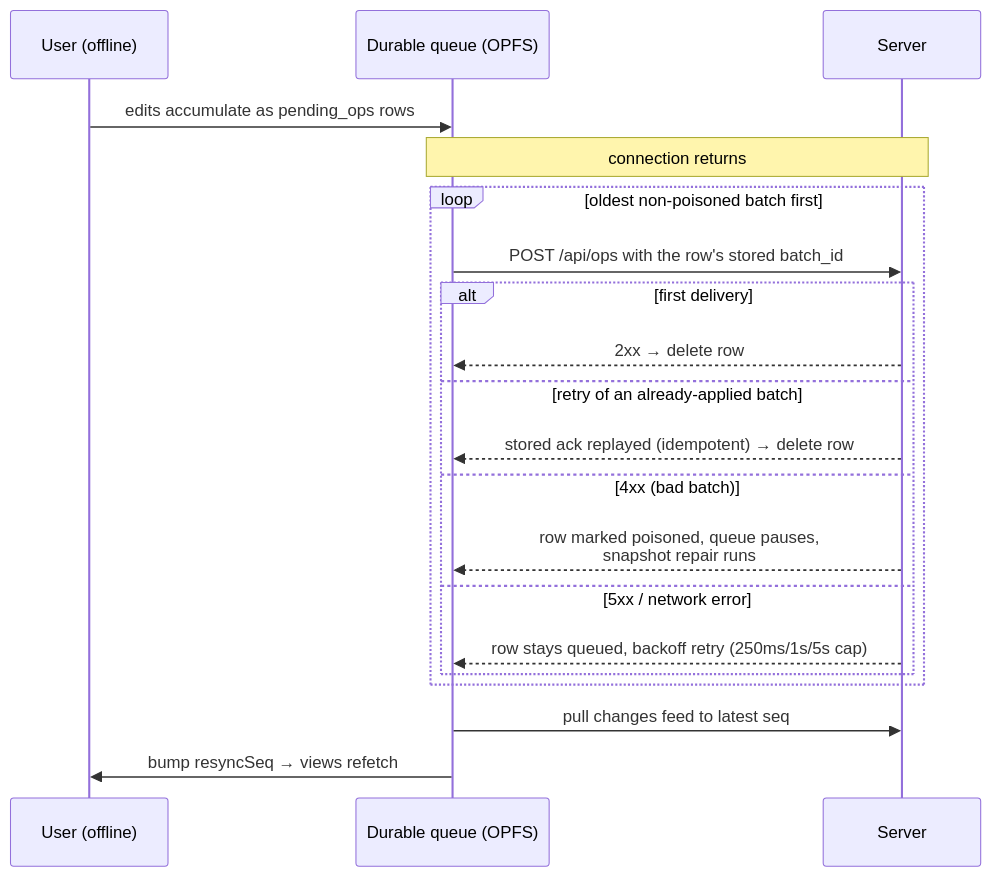
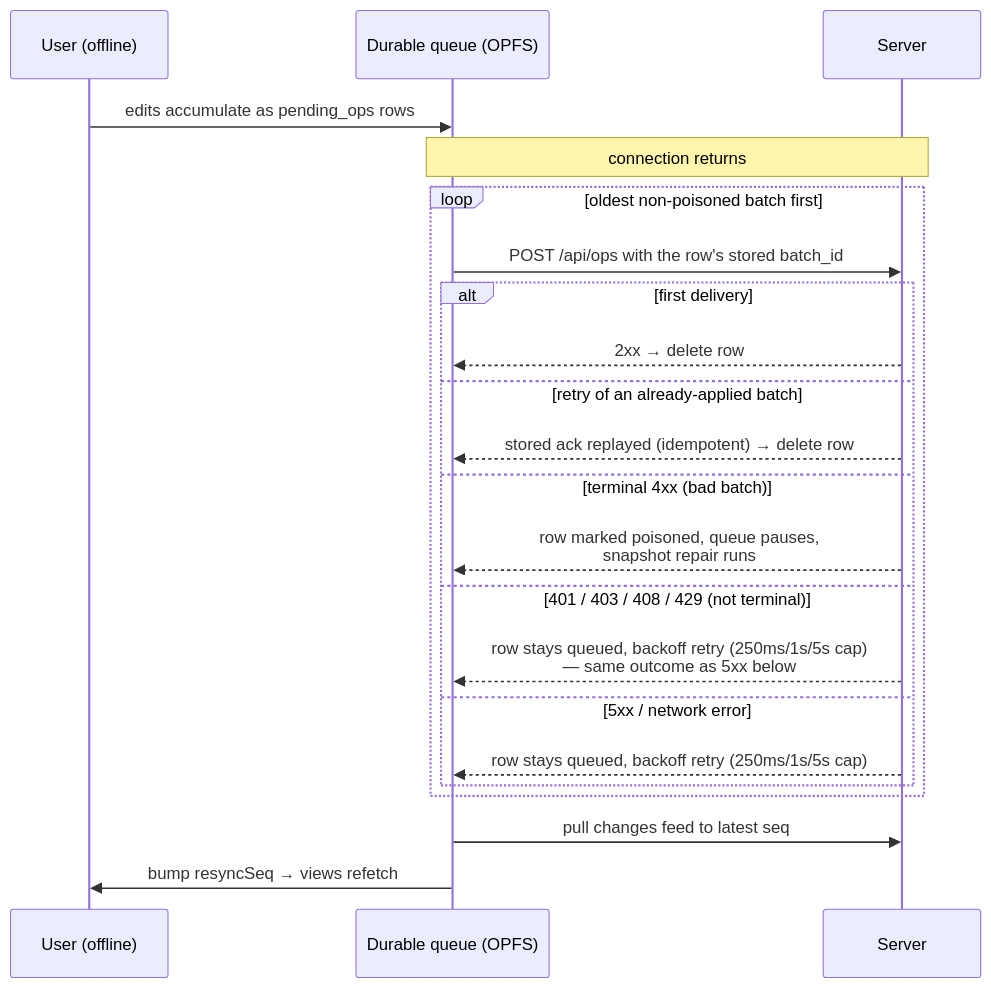
The third of 3 diagrams in docs/architecture/sync-and-offline.md (ArthurClune/pkm-system), drawn with Mermaid before and after one commit. The commit also changed other lines of this file and 2 other files, not shown here.

Commit message:
docs(pkm-jyx1): qualify 4xx as terminal-only and record the auth-retry fix

````diff
--- a/docs/architecture/sync-and-offline.md
+++ b/docs/architecture/sync-and-offline.md
@@ -198,23 +198,25 @@
 ```mermaid
 sequenceDiagram
     participant U as User (offline)
     participant Q as Durable queue (OPFS)
     participant S as Server
 
     U->>Q: edits accumulate as pending_ops rows
     Note over Q,S: connection returns
     loop oldest non-poisoned batch first
         Q->>S: POST /api/ops with the row's stored batch_id
         alt first delivery
             S-->>Q: 2xx → delete row
         else retry of an already-applied batch
             S-->>Q: stored ack replayed (idempotent) → delete row
-        else 4xx (bad batch)
+        else terminal 4xx (bad batch)
             S-->>Q: row marked poisoned, queue pauses,<br/>snapshot repair runs
+        else 401 / 403 / 408 / 429 (not terminal)
+            S-->>Q: row stays queued, backoff retry (250ms/1s/5s cap)<br/>— same outcome as 5xx below
         else 5xx / network error
             S-->>Q: row stays queued, backoff retry (250ms/1s/5s cap)
         end
     end
     Q->>S: pull changes feed to latest seq
     Q->>U: bump resyncSeq → views refetch
 ```
````
